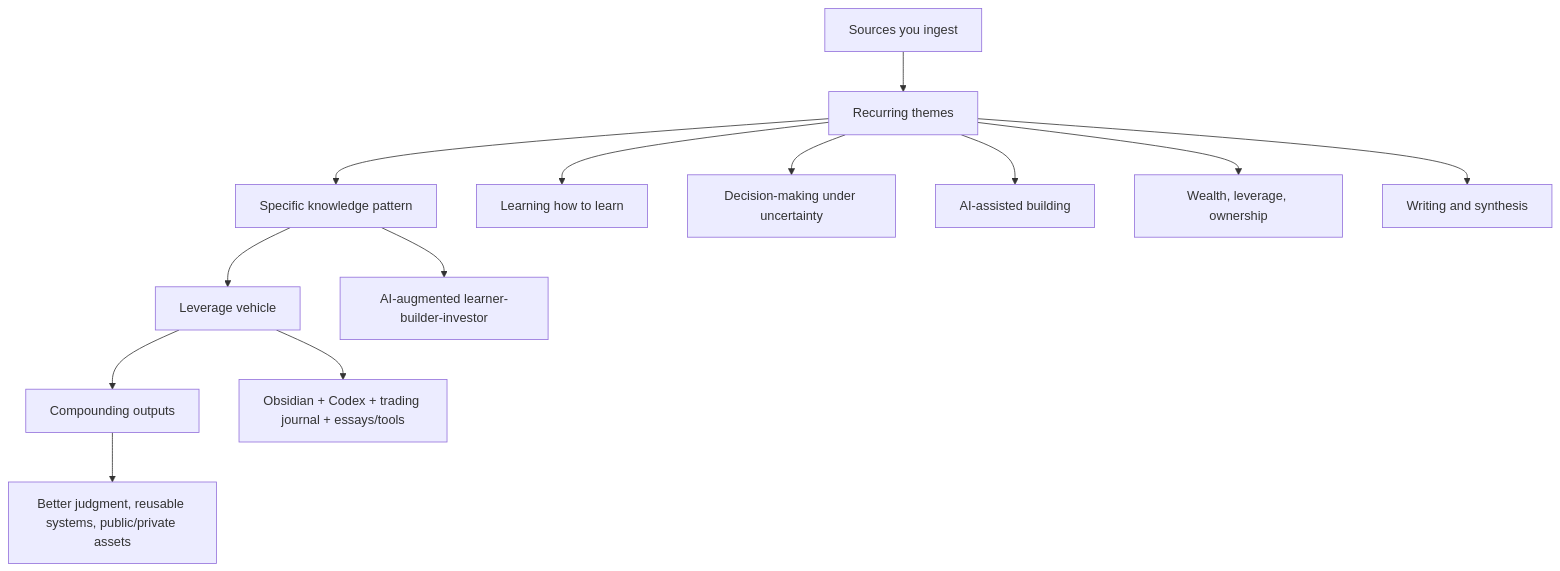
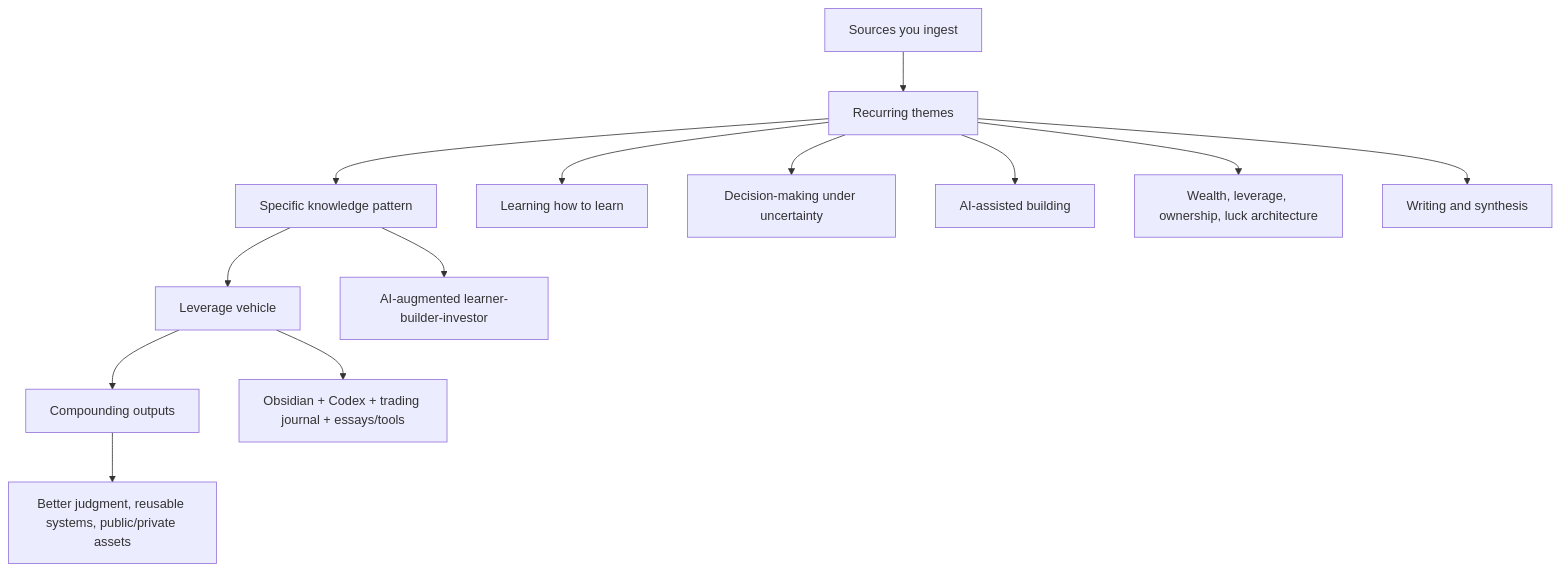
One commit to Imsulaeman/second-brain-site changed the first of 3 diagrams in content/synthesis/my-specific-knowledge-map.md. Above: the diagram before and after it, drawn with Mermaid. The commit also changed other lines of this file and 8 other files, not shown here.

````diff
--- a/content/synthesis/my-specific-knowledge-map.md
+++ b/content/synthesis/my-specific-knowledge-map.md
@@ -34,17 +34,17 @@
 ```mermaid
 flowchart TD
     A["Sources you ingest"] --> B["Recurring themes"]
     B --> C["Specific knowledge pattern"]
     C --> D["Leverage vehicle"]
     D --> E["Compounding outputs"]
 
     B --> B1["Learning how to learn"]
     B --> B2["Decision-making under uncertainty"]
     B --> B3["AI-assisted building"]
-    B --> B4["Wealth, leverage, ownership"]
+    B --> B4["Wealth, leverage, ownership, luck architecture"]
     B --> B5["Writing and synthesis"]
 
     C --> C1["AI-augmented learner-builder-investor"]
     D --> D1["Obsidian + Codex + trading journal + essays/tools"]
     E --> E1["Better judgment, reusable systems, public/private assets"]
 ```
````
